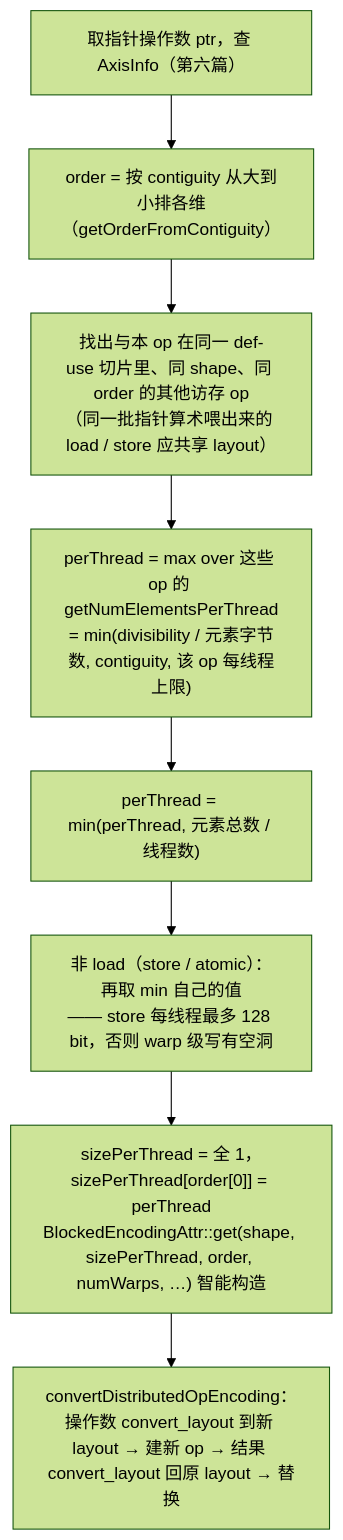
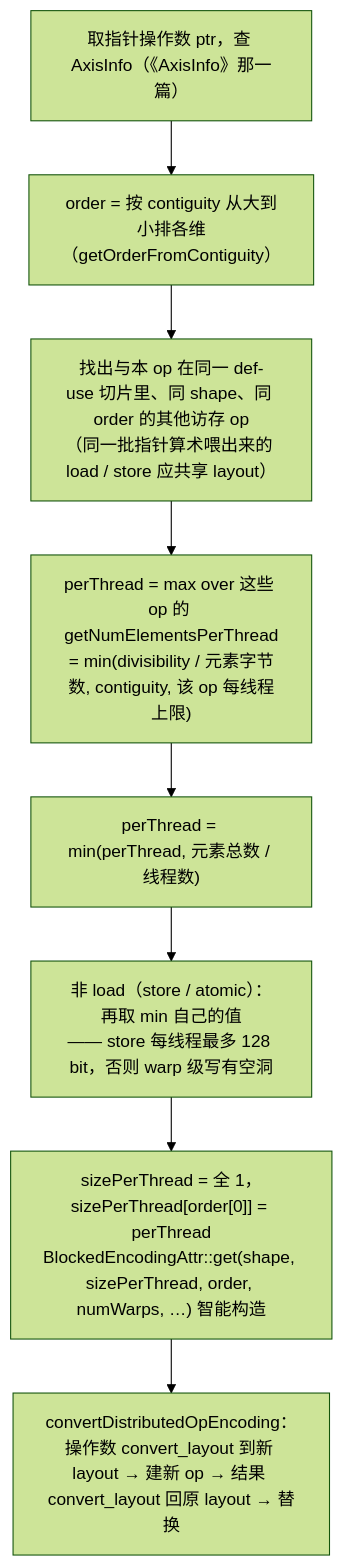
One commit to arganzheng/arganzheng.github.com changed the diagram in _posts/2026-11-28-triton-compiler-layouts-and-linear-layout.md. Above: the diagram before and after it, drawn with Mermaid (forest theme). The commit also changed other lines of this file, not shown here.

````diff
--- a/_posts/2026-11-28-triton-compiler-layouts-and-linear-layout.md
+++ b/_posts/2026-11-28-triton-compiler-layouts-and-linear-layout.md
@@ -398,13 +402,13 @@
 ```mermaid
 %% 图：buildCoalescedEncoding 的算法：查 AxisInfo 定 order，找同切片的访存 op，取每线程元素数的最大值再用总数与 store 上限截断，构造 sizePerThread
 flowchart TB
-    ptr["取指针操作数 ptr，查 AxisInfo（第六篇）"]
+    ptr["取指针操作数 ptr，查 AxisInfo（《AxisInfo》那一篇）"]
     order["order = 按 contiguity 从大到小排各维<br/>（getOrderFromContiguity）"]
     slice["找出与本 op 在同一 def-use 切片里、同 shape、同 order 的其他访存 op<br/>（同一批指针算术喂出来的 load / store 应共享 layout）"]
     per["perThread = max over 这些 op 的 getNumElementsPerThread<br/>= min(divisibility / 元素字节数, contiguity, 该 op 每线程上限)"]
     cap["perThread = min(perThread, 元素总数 / 线程数)"]
     store["非 load（store / atomic）：再取 min 自己的值<br/>—— store 每线程最多 128 bit，否则 warp 级写有空洞"]
     build["sizePerThread = 全 1，sizePerThread#91;order#91;0#93;#93; = perThread<br/>BlockedEncodingAttr::get(shape, sizePerThread, order, numWarps, …) 智能构造"]
     rewrite["convertDistributedOpEncoding：<br/>操作数 convert_layout 到新 layout → 建新 op → 结果 convert_layout 回原 layout → 替换"]
     ptr --> order --> slice --> per --> cap --> store --> build --> rewrite
 ```
````
